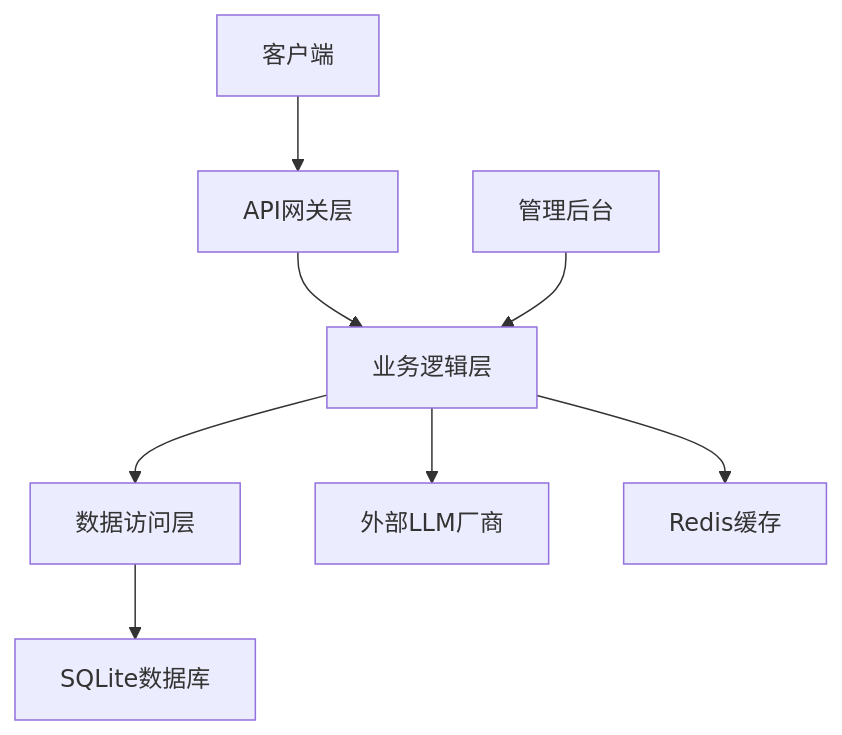
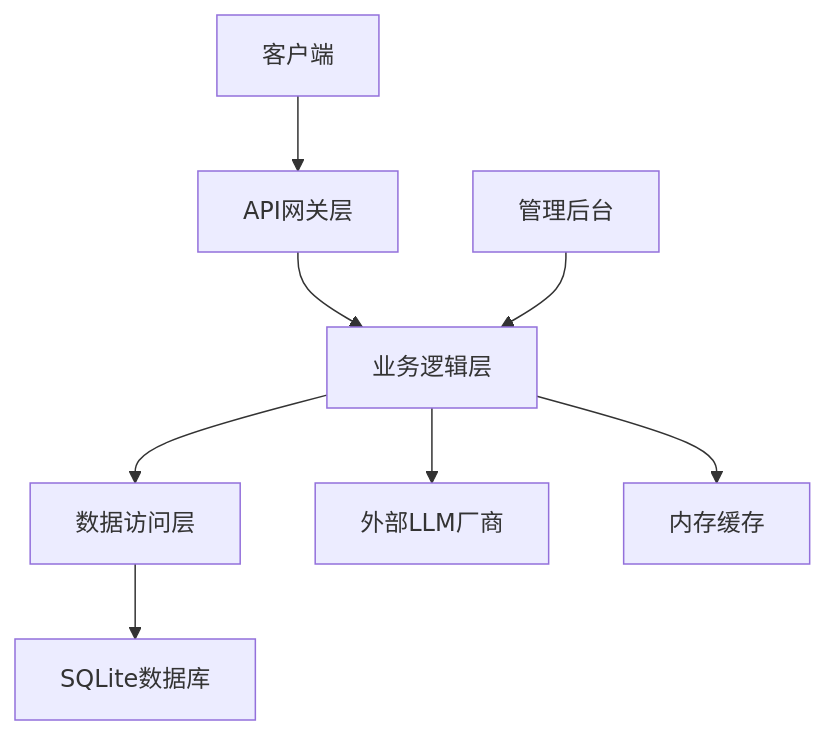
Before and after one commit to wang001/codingPlanShare: the first of 5 diagrams in tech-doc.md, drawn with Mermaid. The commit also changed other lines of this file and 16925 other files, not shown here.

````diff
--- a/tech-doc.md
+++ b/tech-doc.md
@@ -19,10 +19,10 @@
 ```mermaid
 flowchart TD
     A[客户端] --> B[API网关层]
     B --> C[业务逻辑层]
     C --> D[数据访问层]
     C --> E[外部LLM厂商]
     D --> F[SQLite数据库]
-    C --> G[Redis缓存]
+    C --> G[内存缓存]
     H[管理后台] --> C
 ```
````
